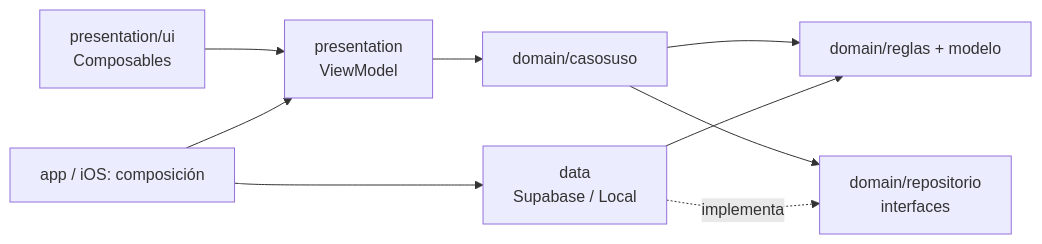
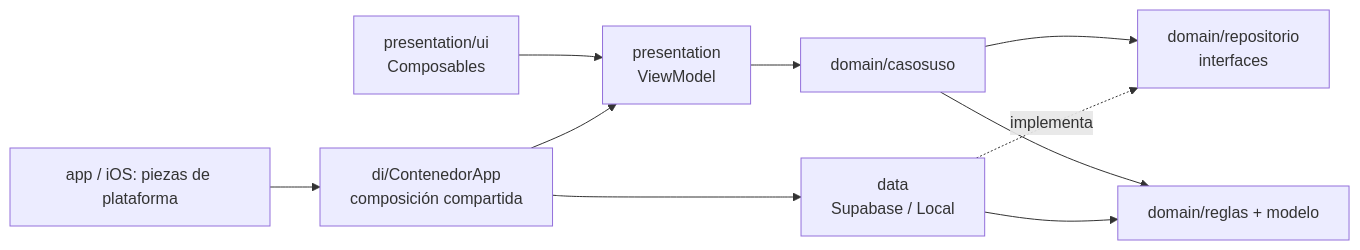
The second of 2 diagrams in docs/arquitectura/movil.md (jhonatanJJ2006/Gacelas), drawn with Mermaid before and after one commit. The commit also changed other lines of this file and 19 other files, not shown here.

Commit message:
refactor: contenedor de dependencias compartido (ContenedorApp) y SesionCarrera sin dependencia de tracking

````diff
--- a/docs/arquitectura/movil.md
+++ b/docs/arquitectura/movil.md
@@ -43,11 +43,12 @@
 ```mermaid
 graph LR
     UI[presentation/ui<br/>Composables] --> VM[presentation<br/>ViewModel]
     VM --> UC[domain/casosuso]
     UC --> R[domain/reglas + modelo]
     UC --> P[domain/repositorio<br/>interfaces]
     D[data<br/>Supabase / Local] -.implementa.-> P
     D --> R
-    DI[app / iOS: composición] --> D
+    DI[di/ContenedorApp<br/>composición compartida] --> D
     DI --> VM
+    PL[app / iOS: piezas de plataforma] --> DI
 ```
````
